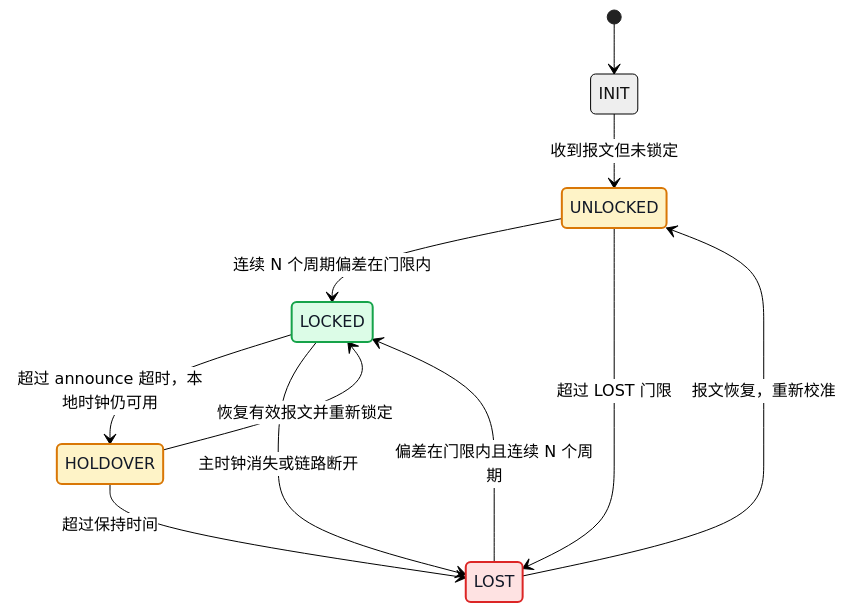
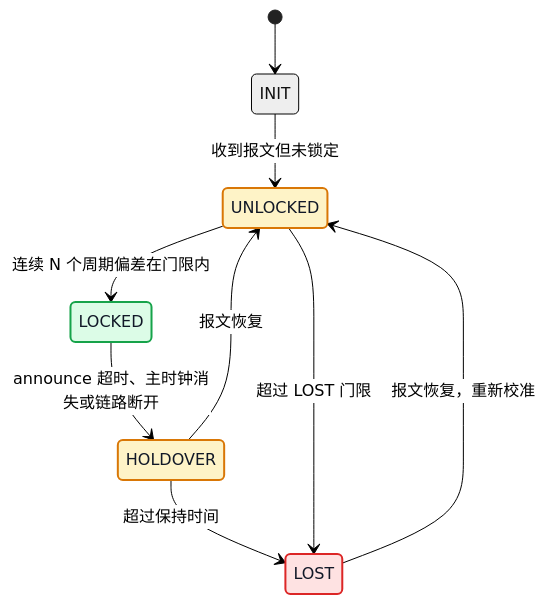
One commit to DeguiLiu/tech-notes changed the fourth of 5 diagrams in content/posts/architecture/ptp_network_module_design.md. Above: the diagram before and after it, drawn with Mermaid (neutral theme). The commit also changed other lines of this file, not shown here.

````diff
--- a/content/posts/architecture/ptp_network_module_design.md
+++ b/content/posts/architecture/ptp_network_module_design.md
@@ -413,20 +460,18 @@
 ```mermaid
 stateDiagram-v2
     [*] --> INIT
     INIT --> UNLOCKED: 收到报文但未锁定
     UNLOCKED --> LOCKED: 连续 N 个周期偏差在门限内
-    LOCKED --> HOLDOVER: 超过 announce 超时，本地时钟仍可用
-    HOLDOVER --> LOCKED: 恢复有效报文并重新锁定
+    LOCKED --> HOLDOVER: announce 超时、主时钟消失或链路断开
+    HOLDOVER --> UNLOCKED: 报文恢复
     HOLDOVER --> LOST: 超过保持时间
     UNLOCKED --> LOST: 超过 LOST 门限
-    LOCKED --> LOST: 主时钟消失或链路断开
     LOST --> UNLOCKED: 报文恢复，重新校准
-    LOST --> LOCKED: 偏差在门限内且连续 N 个周期
 
     classDef good fill:#dcfce7,stroke:#16a34a,stroke-width:2px,color:#111827
     classDef warn fill:#fef3c7,stroke:#d97706,stroke-width:2px,color:#111827
     classDef bad fill:#fee2e2,stroke:#dc2626,stroke-width:2px,color:#111827
     class LOCKED good
     class HOLDOVER,UNLOCKED warn
     class LOST bad
 ```
````
